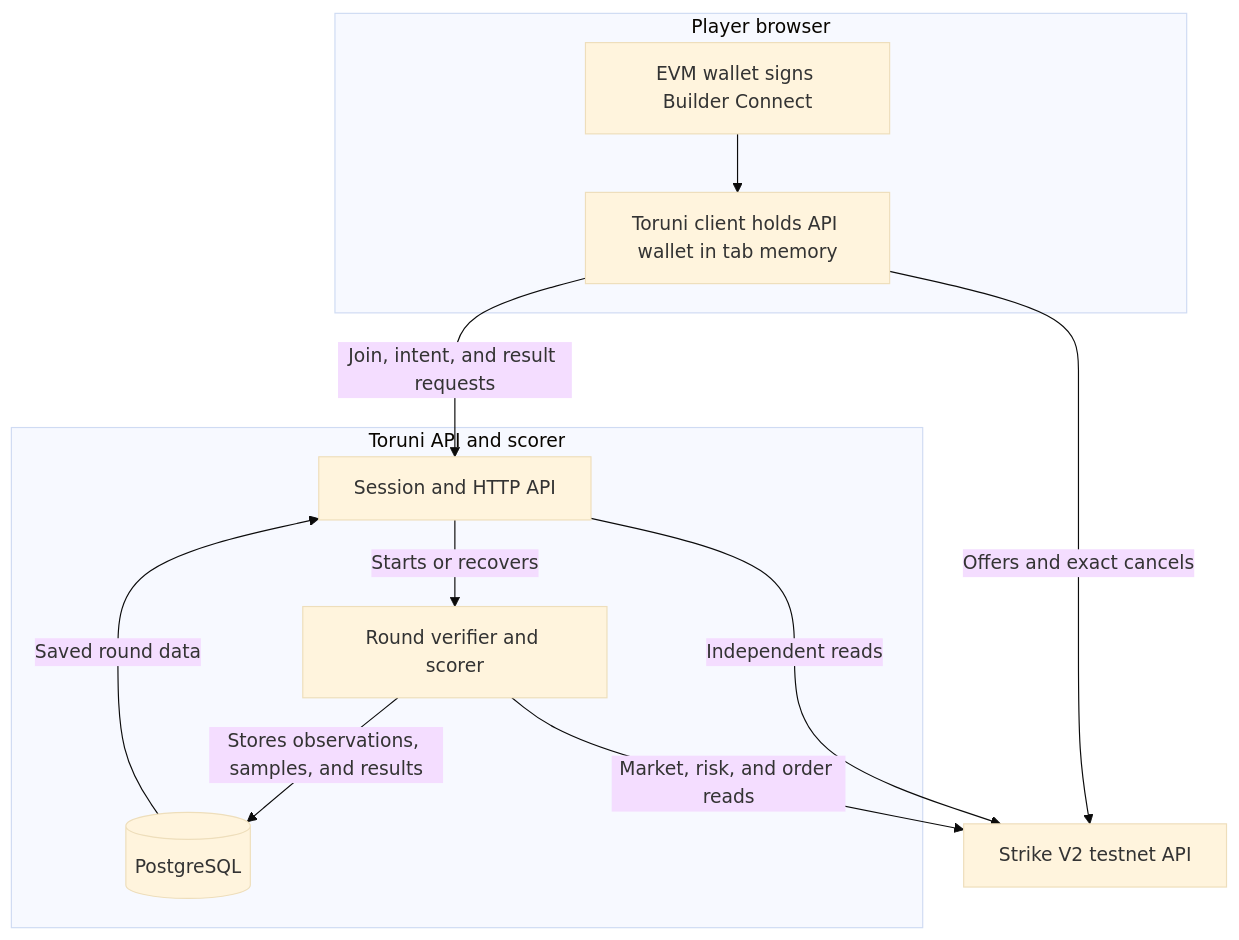
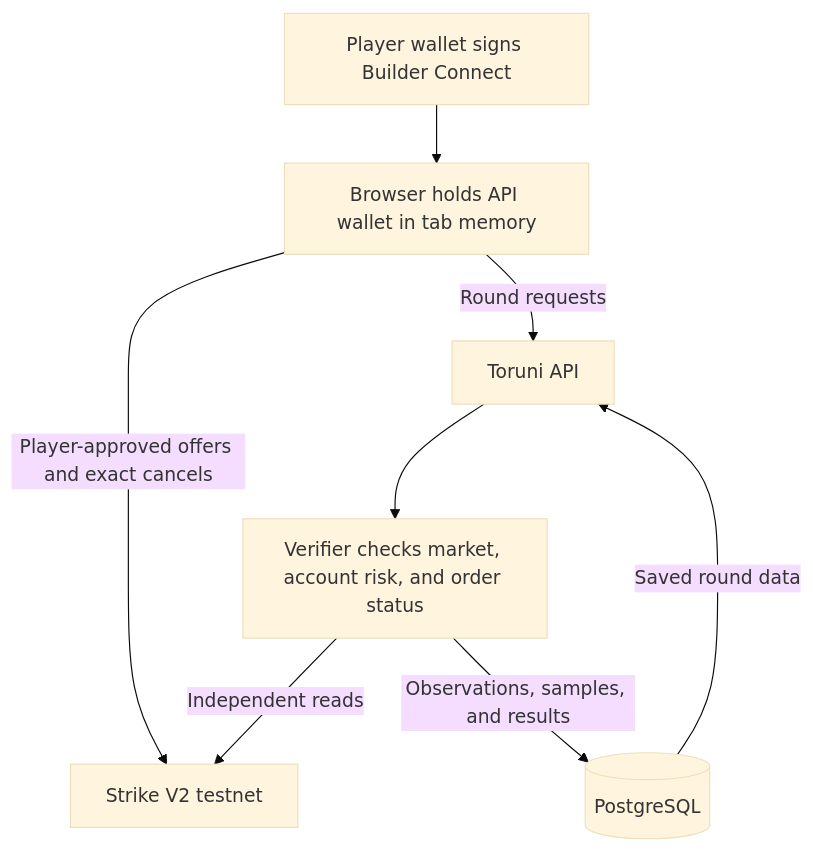
One commit to Web3Kyami/Toruni changed the second of 2 diagrams in README.md. Above: the diagram before and after it, drawn with Mermaid (base theme). The commit also changed other lines of this file, not shown here.

Commit message:
Clarify Toruni liquidity challenge and mobile flow

````diff
--- a/README.md
+++ b/README.md
@@ -61,23 +61,10 @@
 ```mermaid
 flowchart TD
-    subgraph Browser[Player browser]
-        Wallet[EVM wallet signs Builder Connect]
-        Client[Toruni client holds API wallet in tab memory]
-        Wallet --> Client
-    end
-
-    subgraph Vercel[Toruni API and scorer]
-        API[Session and HTTP API]
-        Worker[Round verifier and scorer]
-        DB[(PostgreSQL)]
-        API -->|Starts or recovers| Worker
-        Worker -->|Stores observations, samples, and results| DB
-        DB -->|Saved round data| API
-    end
-
-    Strike[Strike V2 testnet API]
-    Client -->|Offers and exact cancels| Strike
-    Client -->|Join, intent, and result requests| API
-    API -->|Independent reads| Strike
-    Worker -->|Market, risk, and order reads| Strike
+    Wallet[Player wallet signs Builder Connect] --> Client[Browser holds API wallet in tab memory]
+    Client -->|Player-approved offers and exact cancels| Strike[Strike V2 testnet]
+    Client -->|Round requests| API[Toruni API]
+    API --> Worker[Verifier checks market, account risk, and order status]
+    Worker -->|Independent reads| Strike
+    Worker -->|Observations, samples, and results| DB[(PostgreSQL)]
+    DB -->|Saved round data| API
 ```
````
